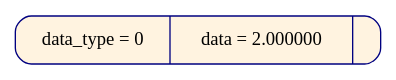
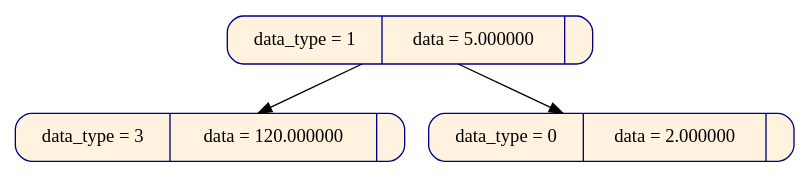
The diagram in diff_tree/gr_dump/diff_tree_3.dot (pupach/diff_tree), drawn with Graphviz before and after one commit. The commit also changed 66 other files, not shown here.

```diff
--- a/diff_tree/gr_dump/diff_tree_3.dot
+++ b/diff_tree/gr_dump/diff_tree_3.dot
@@ -1,5 +1,9 @@
 digraph
 {
 node [shape = Mrecord, color  = "navy", style = "filled"];
-node0x619000000ab8[label = " data_type = 0 | data = 2.000000 | ", fillcolor = "#fff3e0", rank = 0];
+node0x619000000af0[label = " data_type = 1 | data = 5.000000 | ", fillcolor = "#fff3e0", rank = 0];
+node0x619000000a80[label = " data_type = 3 | data = 120.000000 | ", fillcolor = "#fff3e0", rank = 1];
+node0x619000000ab8[label = " data_type = 0 | data = 2.000000 | ", fillcolor = "#fff3e0", rank = 1];
+node0x619000000af0 -> node0x619000000a80;
+node0x619000000af0 -> node0x619000000ab8;
 }
```
